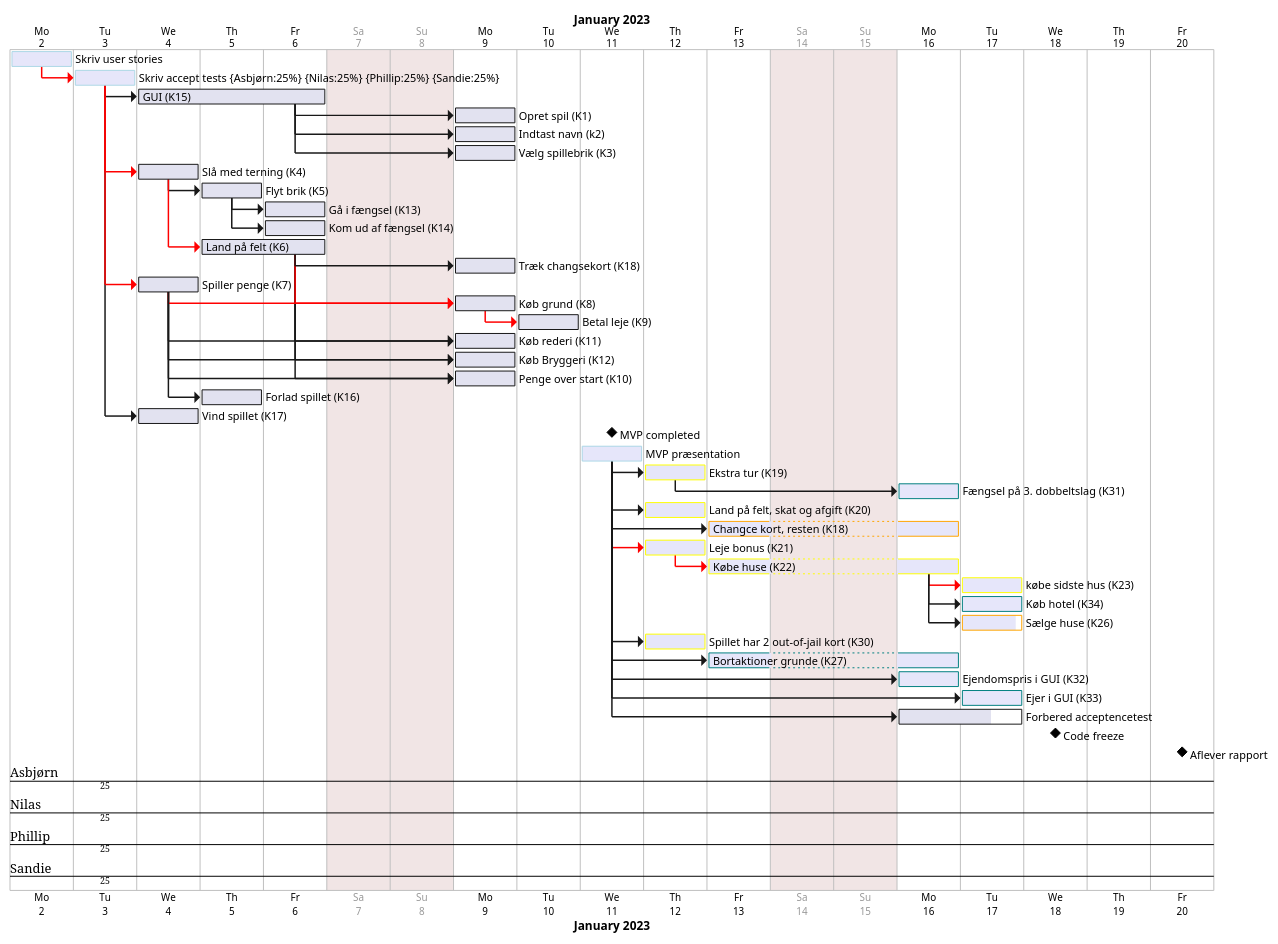
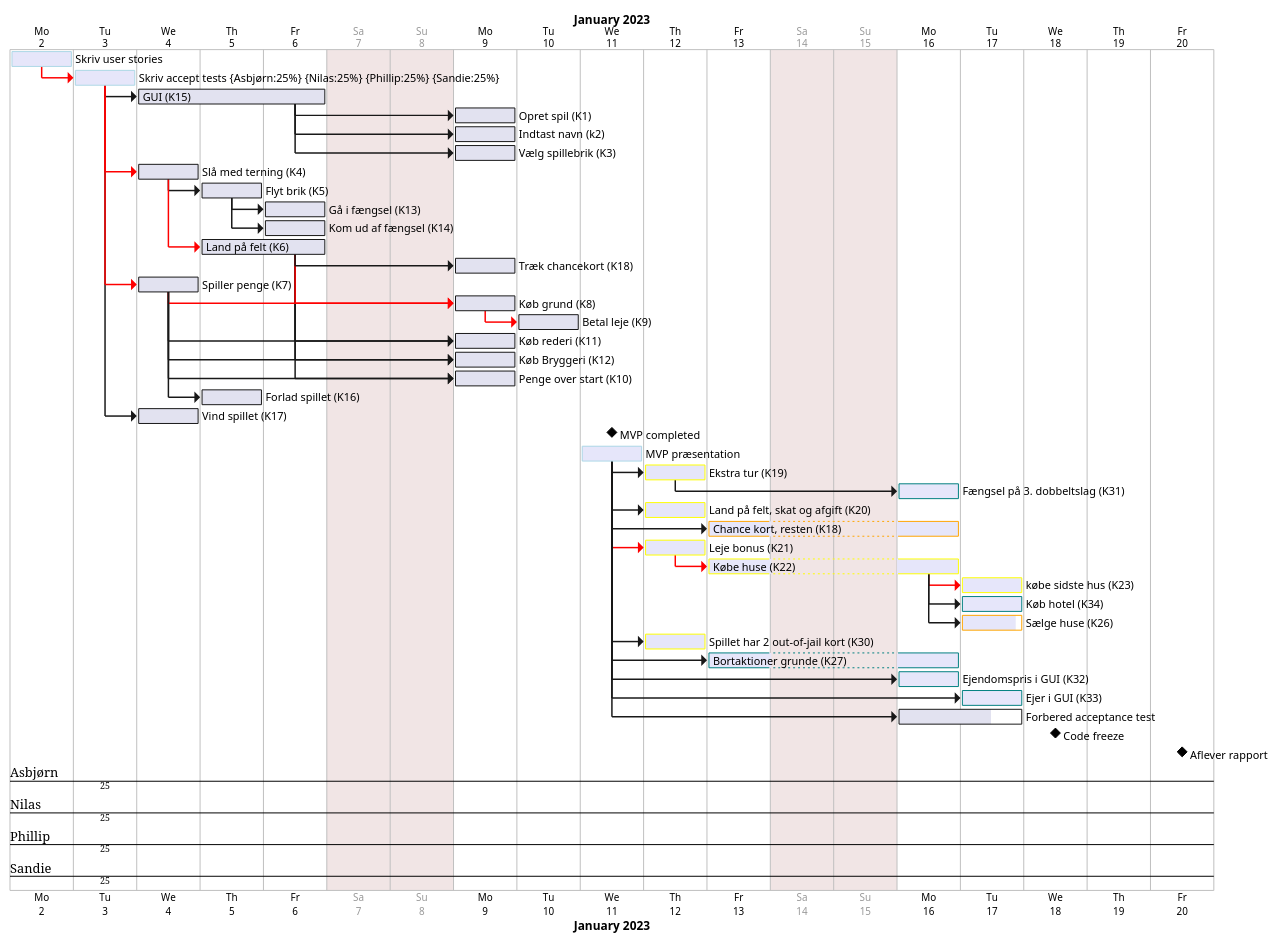
The diagram in src/main/resources/Diagrams/Gantt.puml (Gruppe-10-DTU/CDIO-FINAL), drawn with PlantUML before and after one commit. The commit also changed 14 other files, not shown here.

```diff
--- a/src/main/resources/Diagrams/Gantt.puml
+++ b/src/main/resources/Diagrams/Gantt.puml
@@ -1,192 +1,192 @@
 @startgantt
 printscale daily zoom 4
 saturday are closed
 sunday are closed
 
 Project starts the 2nd of january 2023
 
 [Skriv user stories] as [TASK1] lasts 1 days
 [TASK1] is colored in Lavender/LightBlue
 [TASK1] is 100% complete
 
 [Skriv accept tests] as [TASK2] on {Asbjørn:25%} {Nilas:25%} {Phillip:25%} {Sandie:25%} lasts 1 days
 [TASK2] is colored in Lavender/LightBlue
 [TASK2] is 100% complete
 
 [GUI (K15)] as [K15] lasts 3 days
 [K15] is 100% complete
 
 [Opret spil (K1)] as [K1] lasts 1 days
 [K1] is 100% complete
 
 [Indtast navn (k2)] as [K2] lasts 1 days
 [K2] is 100% complete
 
 [Vælg spillebrik (K3)] as [K3] lasts 1 days
 [K3] is 100% complete
 
 
 
 [Slå med terning (K4)] as [K4] lasts 1 days
 [K4] is 100% complete
 
 [Flyt brik (K5)] as [K5] lasts 1 days
 [K5] is 100% complete
 
 
 
 [Gå i fængsel (K13)] as [K13] lasts 1 days
 [K13] is 100% complete
 
 [Kom ud af fængsel (K14)] as [K14] lasts 1 days
 [K14] is 100% complete
 
 [Land på felt (K6)] as [K6] lasts 2 days
 [K6] is 100% complete
 
-[Træk changsekort (K18)] as [K18] lasts 1 days
+[Træk chancekort (K18)] as [K18] lasts 1 days
 [K18] is 100% complete
 
 [Spiller penge (K7)] as [K7] lasts 1 days
 [K7] is 100% complete
 
 [Køb grund (K8)] as [K8] lasts 1 days
 [K8] is 100% complete
 
 [Betal leje (K9)] as [K9] lasts 1 days
 [K9] is 100% complete
 
 [Køb rederi (K11)] as [K11] lasts 1 days
 [K11] is 100% complete
 
 [Køb Bryggeri (K12)] as [K12] lasts 1 days
 [K12] is 100% complete
 
 [Penge over start (K10)] as [K10] lasts 1 days
 [K10] is 100% complete
 
 [Forlad spillet (K16)] as [K16] lasts 1 days
 [K16] is 100% complete
 
 [Vind spillet (K17)] as [K17] lasts 1 days
 [K17] is 100% complete
 
 
 
 
 [TASK1]-[#FF0000]->[TASK2]
 [TASK2]->[K15]
 [TASK2]->[K17]
 
 [TASK2]-[#FF0000]->[K7]
 [TASK2]-[#FF0000]->[K4]
 
 [K15]->[K1]
 [K15]->[K2]
 [K15]->[K3]
 
 [K4]->[K5]
 [K4]-[#FF0000]->[K6]
 
 [K7]->[K11]
 [K6]->[K11]
 [K7]->[K12]
 [K6]->[K12]
 [K7]->[K10]
 [K6]->[K10]
 [K7]-[#FF0000]->[K8]
 [K6]-[#FF0000]->[K8]
 [K6]->[K18]
 
 [K7]->[K16]
 
 [K8]-[#FF0000]->[K9]
 
 [K5]->[K13]
 [K5]->[K14]
 
 [MVP completed] happens 2023-01-11
 
 [MVP præsentation] as [MVP] starts 2023-01-11
 [MVP] is colored in Lavender/LightBlue
 [MVP] is 100% complete
 
 [Ekstra tur (K19)] as [K19] lasts 1 days
 [K19] is colored in Lavender/Yellow
 [K19] is 100% complete
 
 [Fængsel på 3. dobbeltslag (K31)] as [K31] starts 2023-01-16
 [K31] is colored in Lavender/Teal
 [K31] is 100% complete
 
 [Land på felt, skat og afgift (K20)] as [K20] lasts 1 days
 [K20] is colored in Lavender/Yellow
 [K20] is 100% complete
 
-[Changce kort, resten (K18)] as [K18.2] starts 2023-01-13
-[Changce kort, resten (K18)] as [K18.2] ends 2023-01-16
+[Chance kort, resten (K18)] as [K18.2] starts 2023-01-13
+[Chance kort, resten (K18)] as [K18.2] ends 2023-01-16
 [K18.2] is colored in Lavender/Orange
 [K18.2] is 100% complete
 
 [Leje bonus (K21)] as [K21] lasts 1 days
 [K21] is colored in Lavender/Yellow
 [K21] is 100% complete
 
 [Købe huse (K22)] as [K22] lasts 2 days
 [K22] is colored in Lavender/Yellow
 [K22] is 100% complete
 
 [købe sidste hus (K23)] as [K23] lasts 1 days
 [K23] is colored in Lavender/Yellow
 [K23] is 100% complete
 
 [Køb hotel (K34)] as [K34] lasts 1 days
 [K34] is colored in Lavender/Teal
 [K34] is 100% complete
 
 [Sælge huse (K26)] as [K26] lasts 1 days
 [K26] is colored in Lavender/Orange
 [K26] is 90% complete
 
 [Spillet har 2 out-of-jail kort (K30)] as [K30] lasts 1 days
 [K30] is colored in Lavender/Yellow
 [K30] is 100% complete
 
 [Bortaktioner grunde (K27)] as [K27] starts 2023-01-13
 [Bortaktioner grunde (K27)] as [K27] ends 2023-01-16
 [K27] is colored in Lavender/Teal
 [K27] is 100% complete
 
 [Ejendomspris i GUI (K32)] as [K32] starts 2023-01-16
 [K32] is colored in Lavender/Teal
 [K32] is 100% complete
 
 [Ejer i GUI (K33)] as [K33] starts 2023-01-17
 [K33] is colored in Lavender/Teal
 [K33] is 100% complete
 
-[Forbered acceptencetest] as [test] starts 2023-01-16
-[Forbered acceptencetest] as [test] ends 2023-01-17
+[Forbered acceptance test] as [test] starts 2023-01-16
+[Forbered acceptance test] as [test] ends 2023-01-17
 [test] is 75% complete
 
 [MVP]->[K19]
 [MVP]->[K20]
 [MVP]-[#FF0000]->[K21]
 [MVP]->[K30]
 [MVP]->[K32]
 [MVP]->[K33]
 [MVP]->[K27]
 [MVP]->[K18.2]
 [MVP]->[test]
 
 [K21]-[#FF0000]->[K22]
 [K22]-[#FF0000]->[K23]
 [K22]->[K34]
 [K22]->[K26]
 
 [K19]->[K31]
 
 [Code freeze] happens 2023-01-18
 
 [Aflever rapport] happens 2023-01-20
 @endgantt
```
